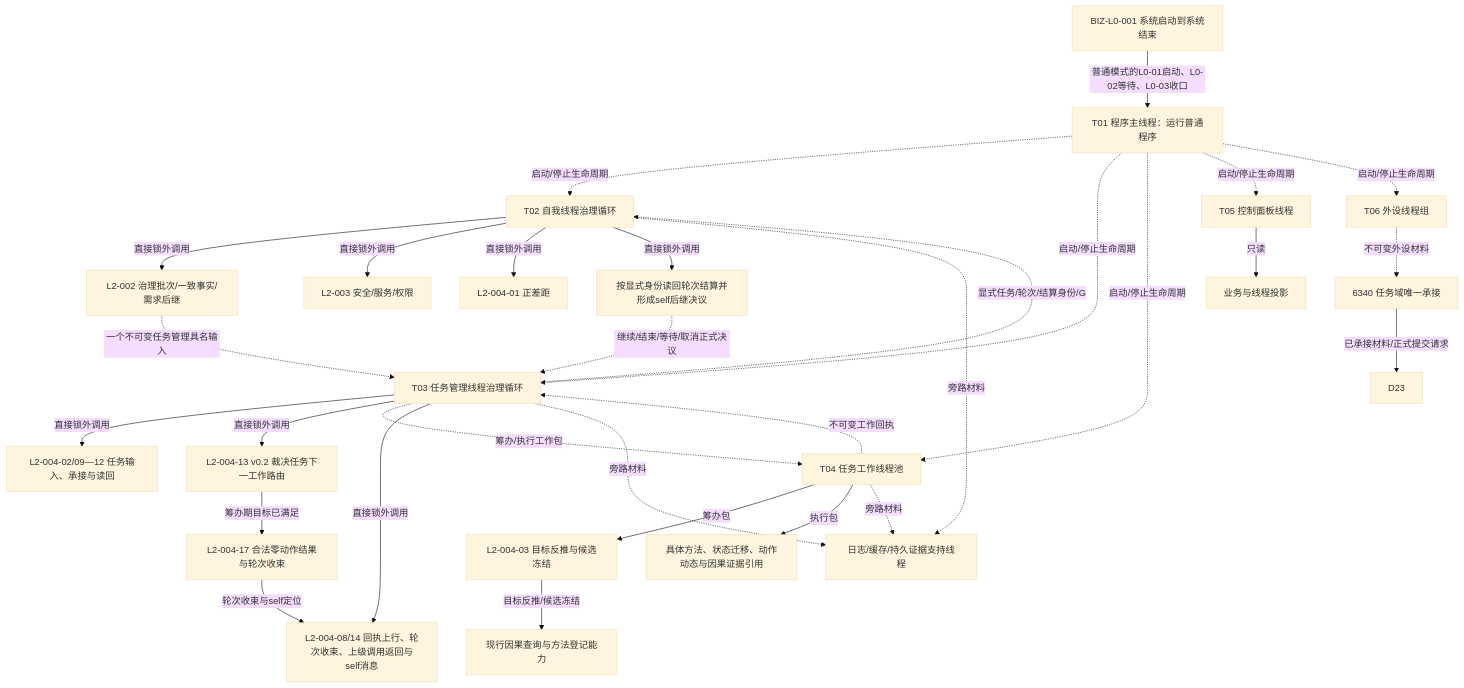
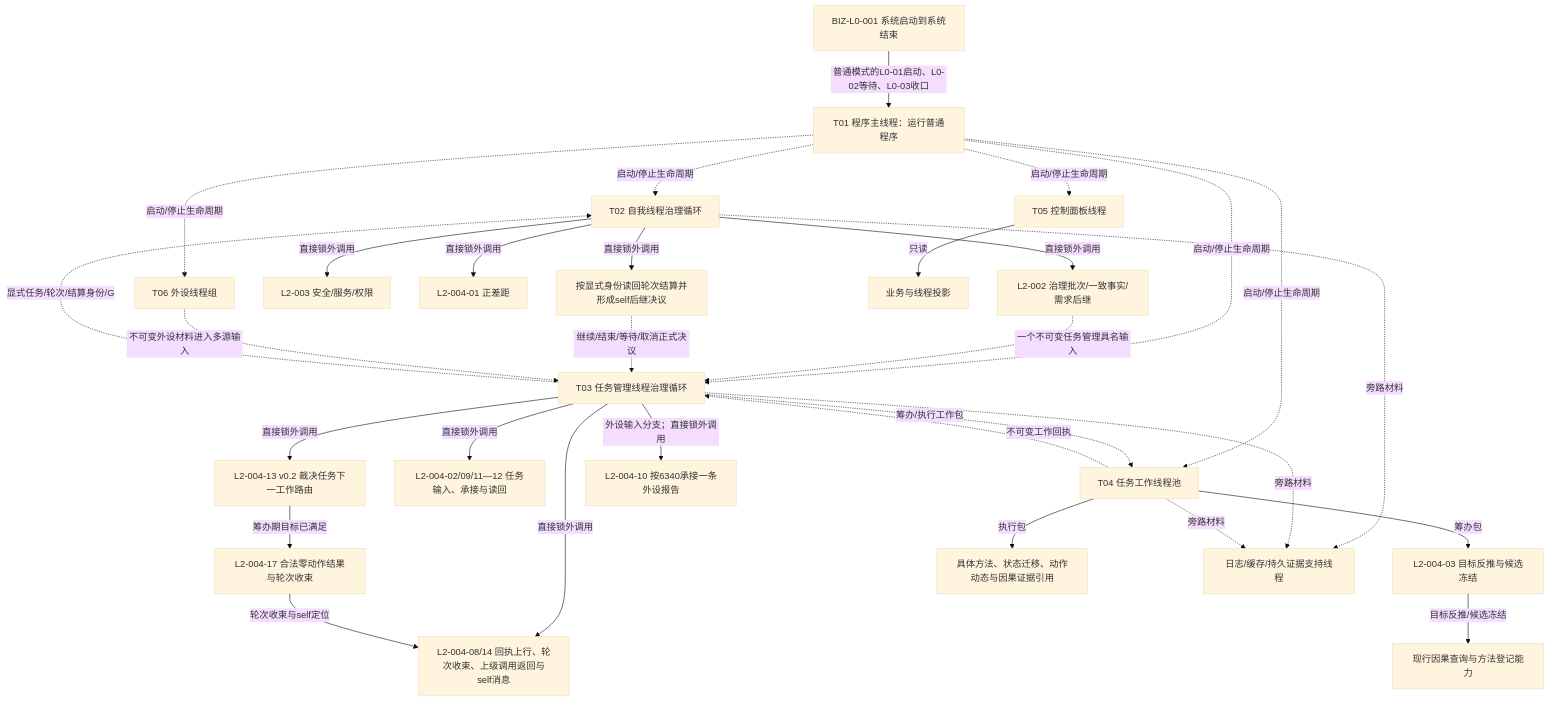
One commit to chunhaizh-cyber/HY-Ego changed the diagram in 流程图/目标业务流程图/业务节点到能力与目标函数映射.md. Above: the diagram before and after it, drawn with Mermaid (base theme). The commit also changed 4 other files, not shown here.

Commit message:
docs: 修正目标流程图节点接线

````diff
--- a/流程图/目标业务流程图/业务节点到能力与目标函数映射.md
+++ b/流程图/目标业务流程图/业务节点到能力与目标函数映射.md
@@ -520,32 +520,32 @@
 ```mermaid
 flowchart TD
     L0["BIZ-L0-001 系统启动到系统结束"] -->|普通模式的L0-01启动、L0-02等待、L0-03收口| T01["T01 程序主线程：运行普通程序"]
     T01 -. "启动/停止生命周期" .-> T02["T02 自我线程治理循环"]
     T01 -. "启动/停止生命周期" .-> T03["T03 任务管理线程治理循环"]
     T01 -. "启动/停止生命周期" .-> T04["T04 任务工作线程池"]
     T01 -. "启动/停止生命周期" .-> T05["T05 控制面板线程"]
     T01 -. "启动/停止生命周期" .-> T06["T06 外设线程组"]
     T02 -->|直接锁外调用| G02["L2-002 治理批次/一致事实/需求后继"]
     T02 -->|直接锁外调用| S03["L2-003 安全/服务/权限"]
     T02 -->|直接锁外调用| D01["L2-004-01 正差距"]
     G02 -. "一个不可变任务管理具名输入" .-> T03
-    T03 -->|直接锁外调用| D02["L2-004-02/09—12 任务输入、承接与读回"]
+    T03 -->|直接锁外调用| D02["L2-004-02/09/11—12 任务输入、承接与读回"]
     T03 -->|直接锁外调用| DSTATE["L2-004-13 v0.2 裁决任务下一工作路由"]
     DSTATE -->|筹办期目标已满足| DZERO["L2-004-17 合法零动作结果与轮次收束"]
     T03 -. "筹办/执行工作包" .-> T04
     T04 -->|筹办包| D03["L2-004-03 目标反推与候选冻结"]
     D03 -->|目标反推/候选冻结| C01["现行因果查询与方法登记能力"]
     T04 -->|执行包| A01["具体方法、状态迁移、动作动态与因果证据引用"]
     T04 -. "不可变工作回执" .-> T03
     T03 -->|直接锁外调用| D58["L2-004-08/14 回执上行、轮次收束、上级调用返回与self消息"]
     DZERO -->|轮次收束与self定位| D58
     T03 -. "显式任务/轮次/结算身份/G" .-> T02
     T02 -->|直接锁外调用| D06["按显式身份读回轮次结算并形成self后继决议"]
     D06 -. "继续/结束/等待/取消正式决议" .-> T03
-    T06 -. "不可变外设材料" .-> E01["6340 任务域唯一承接"]
-    E01 -->|已承接材料/正式提交请求| D23
+    T06 -. "不可变外设材料进入多源输入" .-> T03
+    T03 -->|外设输入分支；直接锁外调用| E01["L2-004-10 按6340承接一条外设报告"]
     T05 -->|只读| P01["业务与线程投影"]
     T02 -. "旁路材料" .-> SUP["日志/缓存/持久证据支持线程"]
     T03 -. "旁路材料" .-> SUP
     T04 -. "旁路材料" .-> SUP
 ```
````
